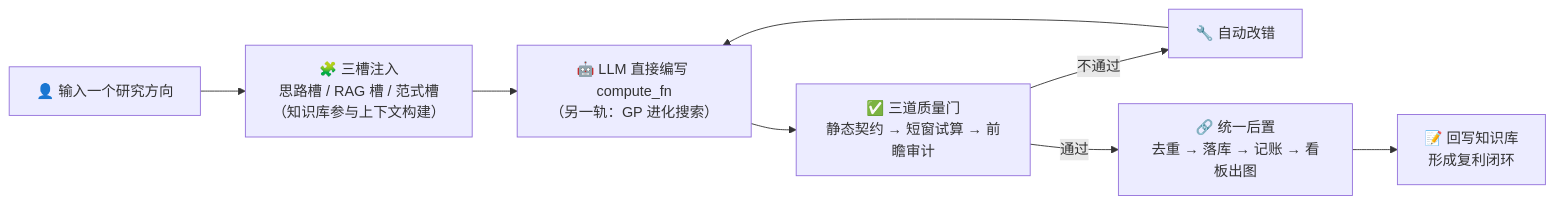
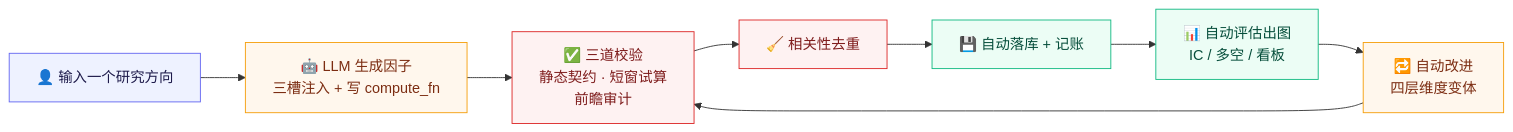
The second of 4 diagrams in README.md (xianbenshifan/factor-mining-showcase), drawn with Mermaid before and after one commit. The commit also changed other lines of this file and 1 other file, not shown here.

Commit message:
docs: README 改为项目介绍（系统流程 + 三槽注入 + 成果 + Mermaid 图），运维文档归入维护手册

````diff
--- a/README.md
+++ b/README.md
@@ -14,9 +107,20 @@
 ```mermaid
 flowchart LR
-    IN["👤 输入一个研究方向"] --> SLOT["🧩 三槽注入<br/>思路槽 / RAG 槽 / 范式槽<br/>（知识库参与上下文构建）"]
-    SLOT --> GEN["🤖 LLM 直接编写 compute_fn<br/>（另一轨：GP 进化搜索）"]
-    GEN --> CHK["✅ 三道质量门<br/>静态契约 → 短窗试算 → 前瞻审计"]
-    CHK -->|不通过| FIX["🔧 自动改错"] --> GEN
-    CHK -->|通过| POST["🔗 统一后置<br/>去重 → 落库 → 记账 → 看板出图"]
-    POST --> WB["📝 回写知识库<br/>形成复利闭环"]
+    IN["👤 输入一个研究方向"] --> MINE["🤖 LLM 生成因子<br/>三槽注入 + 写 compute_fn"]
+    MINE --> CHK["✅ 三道校验<br/>静态契约 · 短窗试算<br/>前瞻审计"]
+    CHK --> DEDUP["🧹 相关性去重"]
+    DEDUP --> LAND["💾 自动落库 + 记账"]
+    LAND --> EVAL["📊 自动评估出图<br/>IC / 多空 / 看板"]
+    EVAL --> IMP["🔁 自动改进<br/>四层维度变体"]
+    IMP --> CHK
+
+    classDef inp fill:#eef2ff,stroke:#6366f1,color:#1e1b4b;
+    classDef auto fill:#fff7ed,stroke:#f59e0b,color:#7c2d12;
+    classDef check fill:#fef2f2,stroke:#dc2626,color:#7f1d1d;
+    classDef out fill:#ecfdf5,stroke:#10b981,color:#064e3b;
+
+    class IN inp;
+    class MINE,IMP auto;
+    class CHK,DEDUP check;
+    class LAND,EVAL out;
 ```
````
